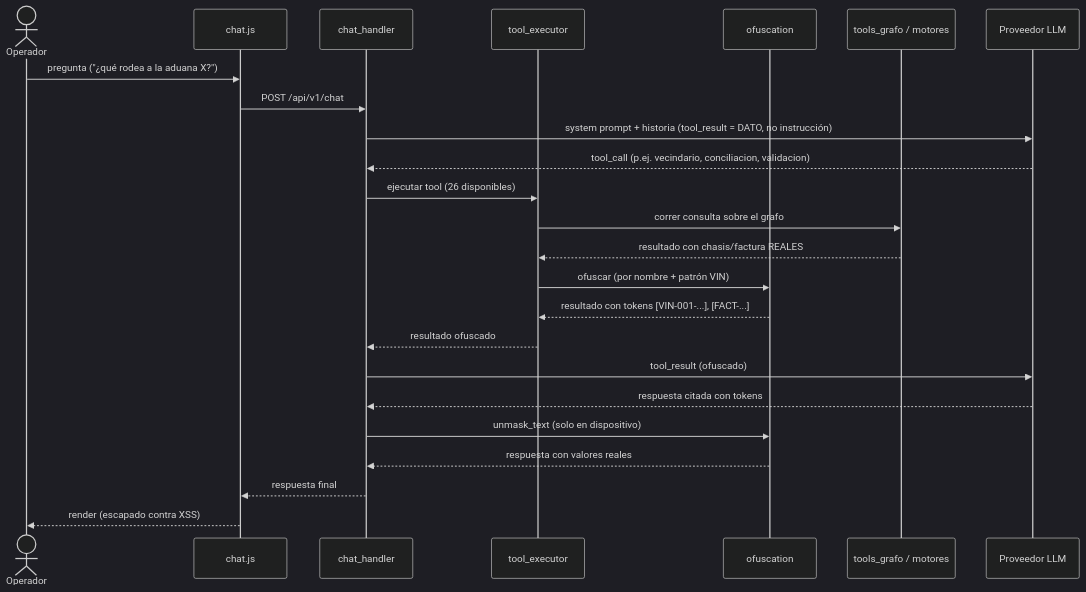
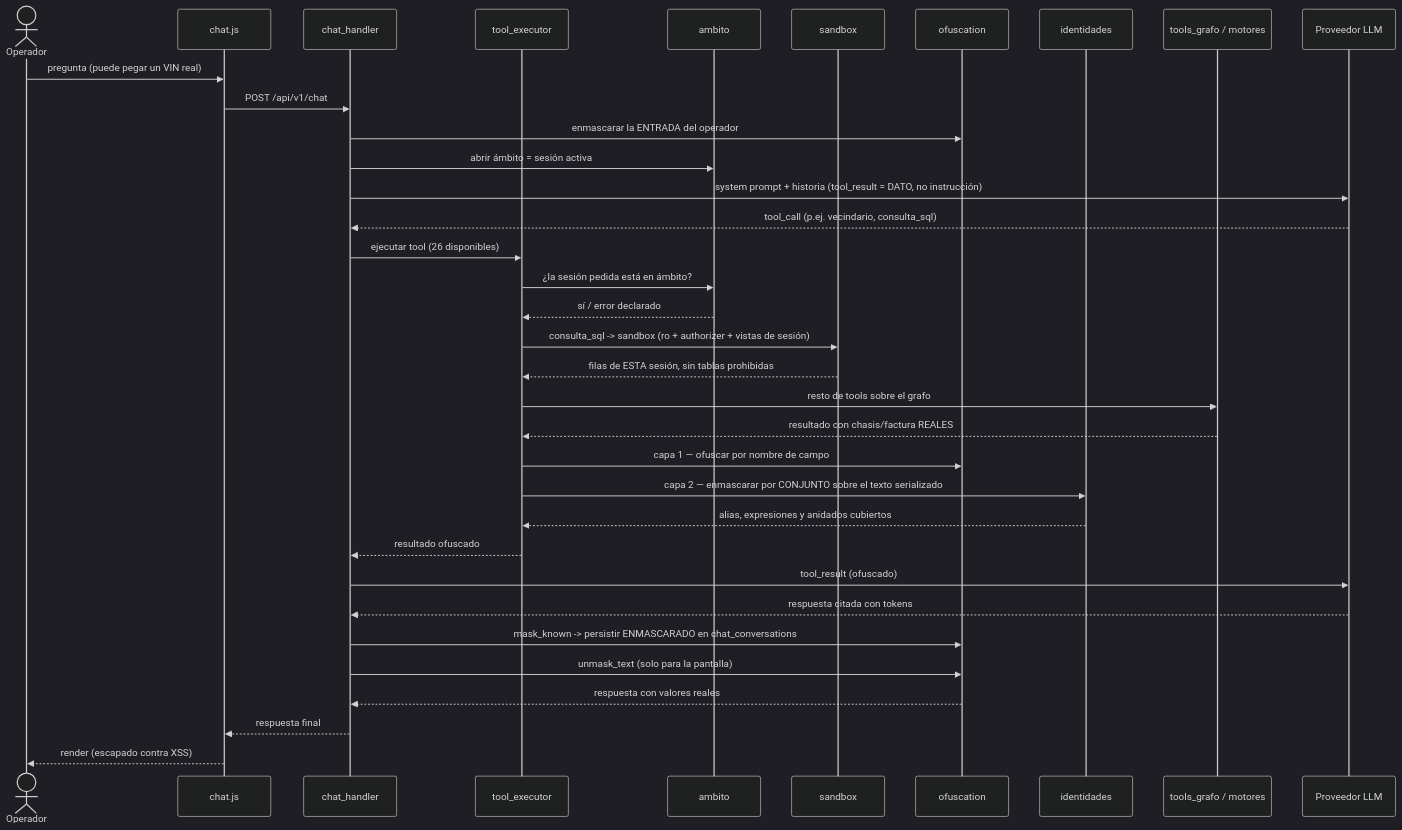
Before and after one commit to Allogenes-Umwelt/GNOSIS: the diagram in docs/architecture/process/consulta-ia.md, drawn with Mermaid (dark theme). The commit also changed other lines of this file and 10 other files, not shown here.

````diff
--- a/docs/architecture/process/consulta-ia.md
+++ b/docs/architecture/process/consulta-ia.md
@@ -11,27 +11,38 @@
 ```mermaid
 sequenceDiagram
     actor OP as Operador
     participant UI as chat.js
     participant CH as chat_handler
     participant TE as tool_executor
+    participant AM as ambito
+    participant SB as sandbox
     participant OB as ofuscation
+    participant ID as identidades
     participant GR as tools_grafo / motores
     participant LLM as Proveedor LLM
 
-    OP->>UI: pregunta ("¿qué rodea a la aduana X?")
+    OP->>UI: pregunta (puede pegar un VIN real)
     UI->>CH: POST /api/v1/chat
+    CH->>OB: enmascarar la ENTRADA del operador
+    CH->>AM: abrir ámbito = sesión activa
     CH->>LLM: system prompt + historia (tool_result = DATO, no instrucción)
-    LLM-->>CH: tool_call (p.ej. vecindario, conciliacion, validacion)
+    LLM-->>CH: tool_call (p.ej. vecindario, consulta_sql)
     CH->>TE: ejecutar tool (26 disponibles)
-    TE->>GR: correr consulta sobre el grafo
+    TE->>AM: ¿la sesión pedida está en ámbito?
+    AM-->>TE: sí / error declarado
+    TE->>SB: consulta_sql -> sandbox (ro + authorizer + vistas de sesión)
+    SB-->>TE: filas de ESTA sesión, sin tablas prohibidas
+    TE->>GR: resto de tools sobre el grafo
     GR-->>TE: resultado con chasis/factura REALES
-    TE->>OB: ofuscar (por nombre + patrón VIN)
-    OB-->>TE: resultado con tokens [VIN-001-...], [FACT-...]
+    TE->>OB: capa 1 — ofuscar por nombre de campo
+    TE->>ID: capa 2 — enmascarar por CONJUNTO sobre el texto serializado
+    ID-->>TE: alias, expresiones y anidados cubiertos
     TE-->>CH: resultado ofuscado
     CH->>LLM: tool_result (ofuscado)
     LLM-->>CH: respuesta citada con tokens
-    CH->>OB: unmask_text (solo en dispositivo)
+    CH->>OB: mask_known -> persistir ENMASCARADO en chat_conversations
+    CH->>OB: unmask_text (solo para la pantalla)
     OB-->>CH: respuesta con valores reales
     CH-->>UI: respuesta final
     UI-->>OP: render (escapado contra XSS)
 ```
````
